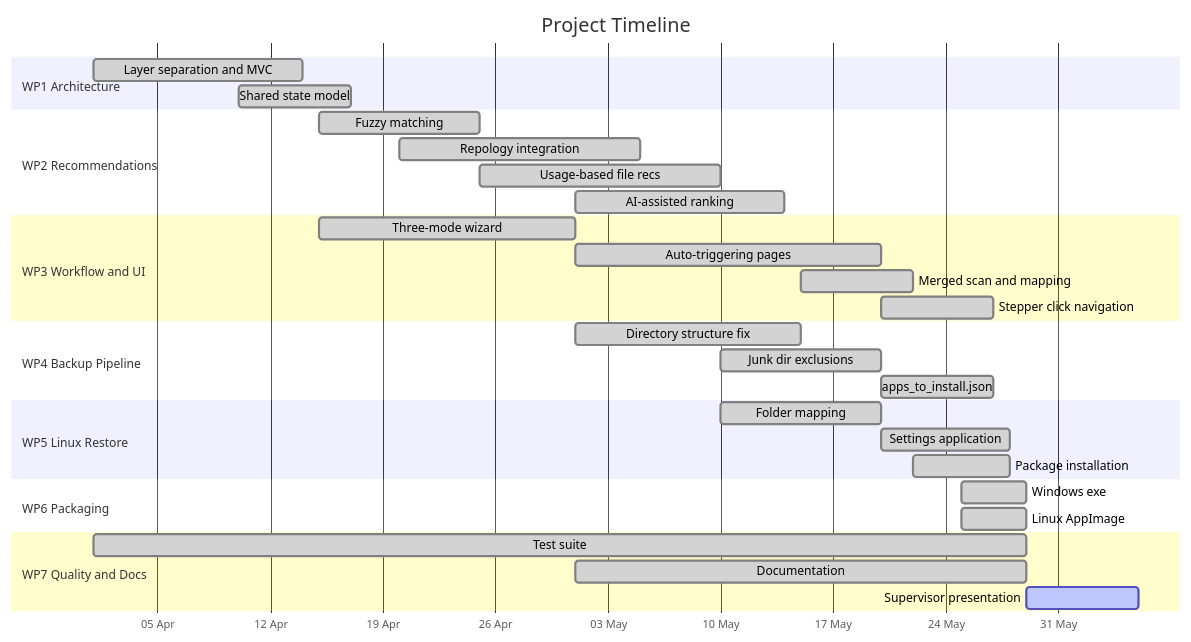
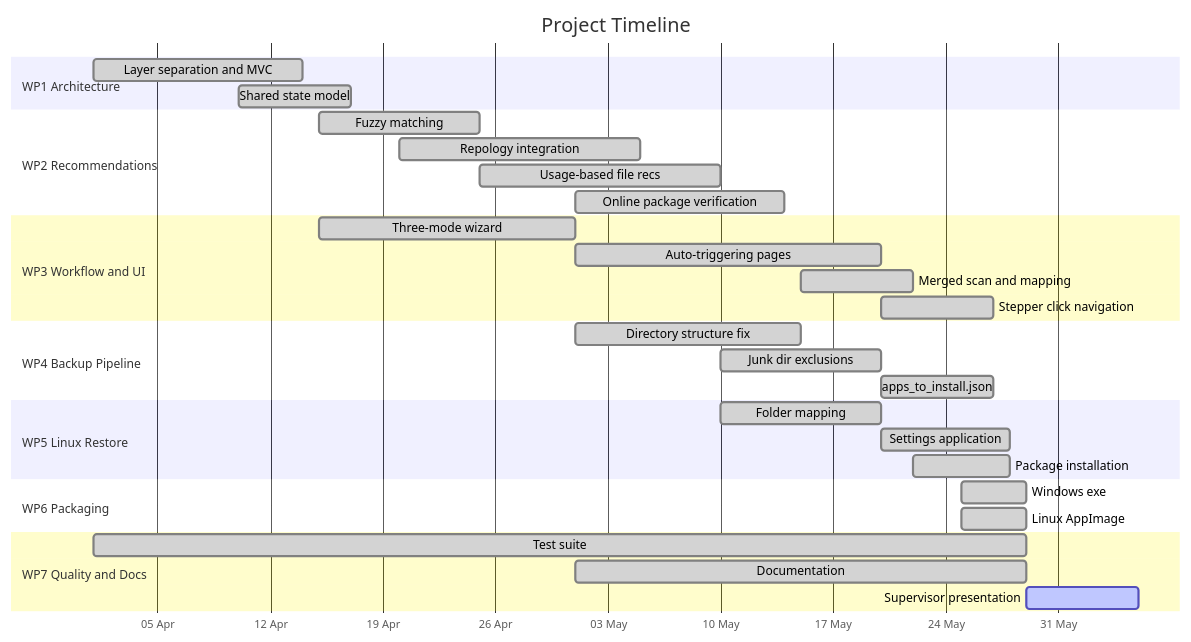
The second of 5 diagrams in docs/PROJECT_MANAGEMENT_PLAN.md (PenCoder/full-auto-migration), drawn with Mermaid before and after one commit. The commit also changed other lines of this file and 29 other files, not shown here.

````diff
--- a/docs/PROJECT_MANAGEMENT_PLAN.md
+++ b/docs/PROJECT_MANAGEMENT_PLAN.md
@@ -103,41 +103,41 @@
 ```mermaid
 gantt
     title Project Timeline
     dateFormat YYYY-MM-DD
     axisFormat %d %b
 
     section WP1 Architecture
     Layer separation and MVC      :done, 2026-04-01, 2026-04-14
     Shared state model            :done, 2026-04-10, 2026-04-17
 
     section WP2 Recommendations
     Fuzzy matching                :done, 2026-04-15, 2026-04-25
     Repology integration          :done, 2026-04-20, 2026-05-05
     Usage-based file recs         :done, 2026-04-25, 2026-05-10
-    AI-assisted ranking           :done, 2026-05-01, 2026-05-14
+    Online package verification   :done, 2026-05-01, 2026-05-14
 
     section WP3 Workflow and UI
     Three-mode wizard             :done, 2026-04-15, 2026-05-01
     Auto-triggering pages         :done, 2026-05-01, 2026-05-20
     Merged scan and mapping       :done, 2026-05-15, 2026-05-22
     Stepper click navigation      :done, 2026-05-20, 2026-05-27
 
     section WP4 Backup Pipeline
     Directory structure fix       :done, 2026-05-01, 2026-05-15
     Junk dir exclusions           :done, 2026-05-10, 2026-05-20
     apps_to_install.json          :done, 2026-05-20, 2026-05-27
 
     section WP5 Linux Restore
     Folder mapping                :done, 2026-05-10, 2026-05-20
     Settings application          :done, 2026-05-20, 2026-05-28
     Package installation          :done, 2026-05-22, 2026-05-28
 
     section WP6 Packaging
     Windows exe                   :done, 2026-05-25, 2026-05-29
     Linux AppImage                :done, 2026-05-25, 2026-05-29
 
     section WP7 Quality and Docs
     Test suite                    :done, 2026-04-01, 2026-05-29
     Documentation                 :done, 2026-05-01, 2026-05-29
     Supervisor presentation       :active, 2026-05-29, 2026-06-05
 ```
````
